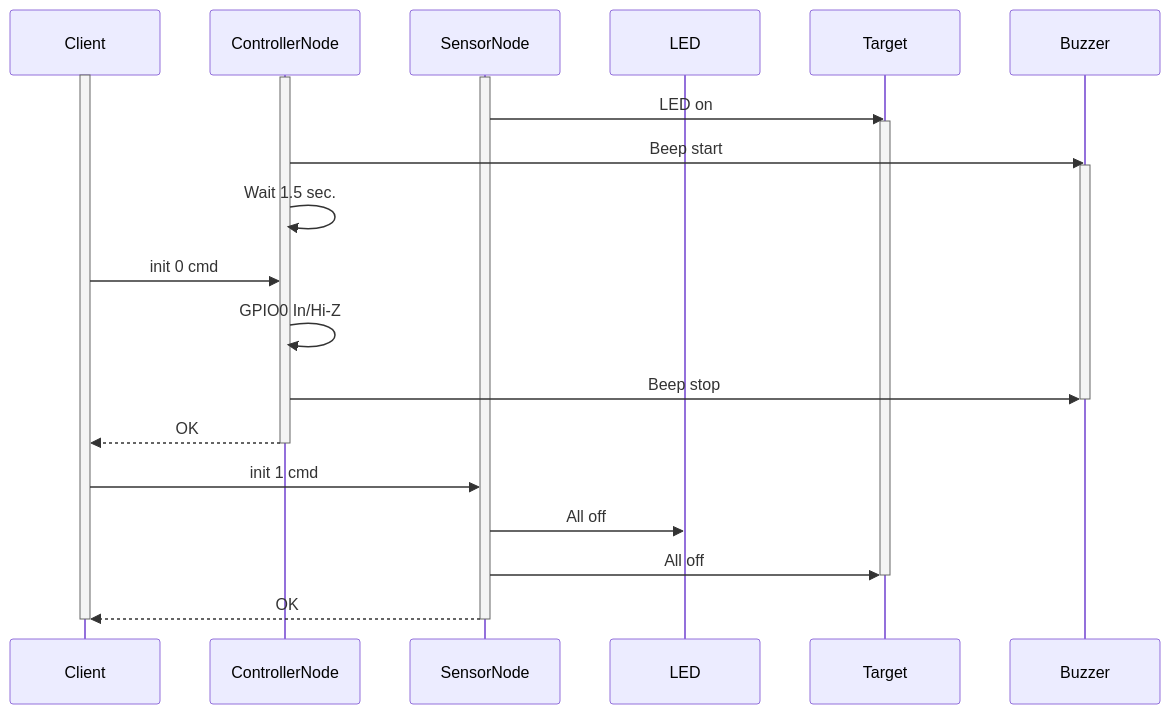
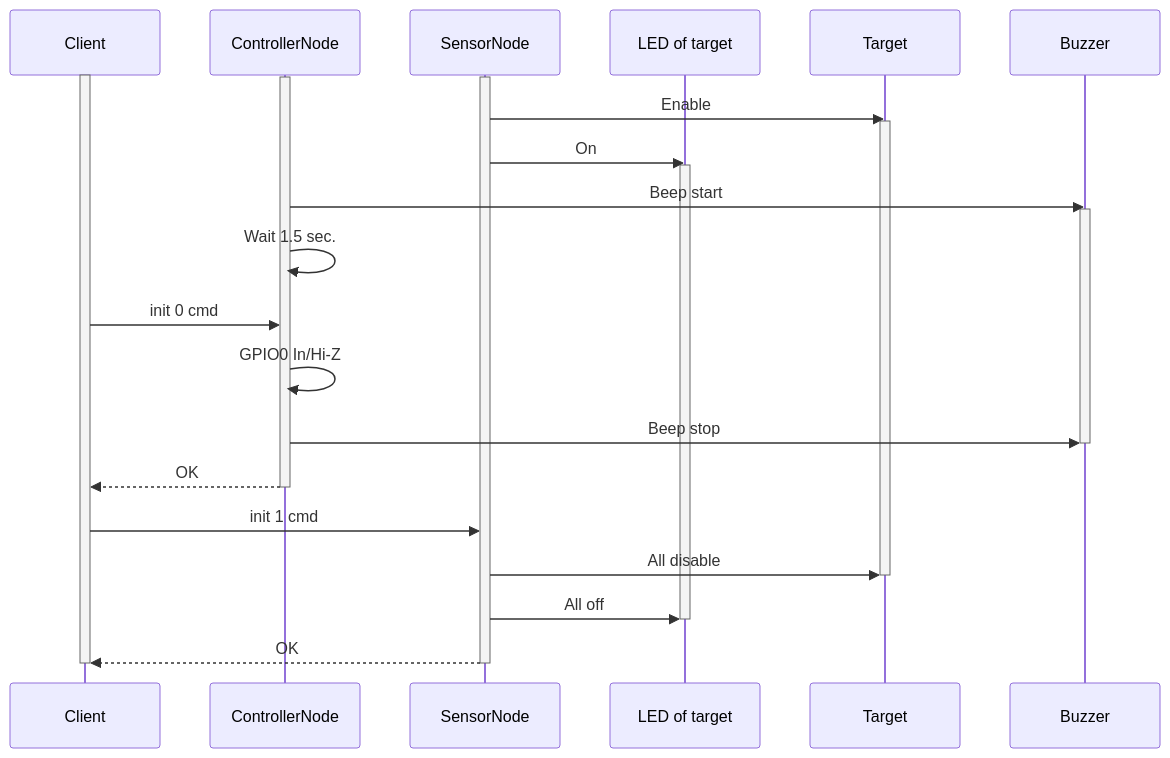
One commit to katsuster/target-6-client changed the fourth of 4 diagrams in doc/single.md. Above: the diagram before and after it, drawn with Mermaid. The commit also changed other lines of this file, not shown here.

Commit message:
doc: fix sequence of single game

````diff
--- a/doc/single.md
+++ b/doc/single.md
@@ -150,36 +157,39 @@
 ```mermaid
 sequenceDiagram
 participant client as Client
 participant controller as ControllerNode
 participant sensor as SensorNode
-participant led as LED
+participant led as LED of target
 participant target as Target
 participant buzzer as Buzzer
 
 activate client
 activate controller
 activate sensor
 
-sensor ->> target: LED on
+sensor ->> target: Enable
 activate target
+sensor ->> led: On
+activate led
 
 controller ->> buzzer: Beep start
 activate buzzer
 controller ->> controller: Wait 1.5 sec.
 
 client ->> controller: init 0 cmd
 controller ->> controller: GPIO0 In/Hi-Z
 controller ->> buzzer: Beep stop
 deactivate buzzer
 controller -->> client: OK
 deactivate controller
 
 client ->> sensor: init 1 cmd
+sensor ->> target: All disable
+deactivate target
 sensor ->> led: All off
-sensor ->> target: All off
-deactivate target
+deactivate led
 sensor -->> client: OK
 deactivate sensor
 
 deactivate client
 ```
````
